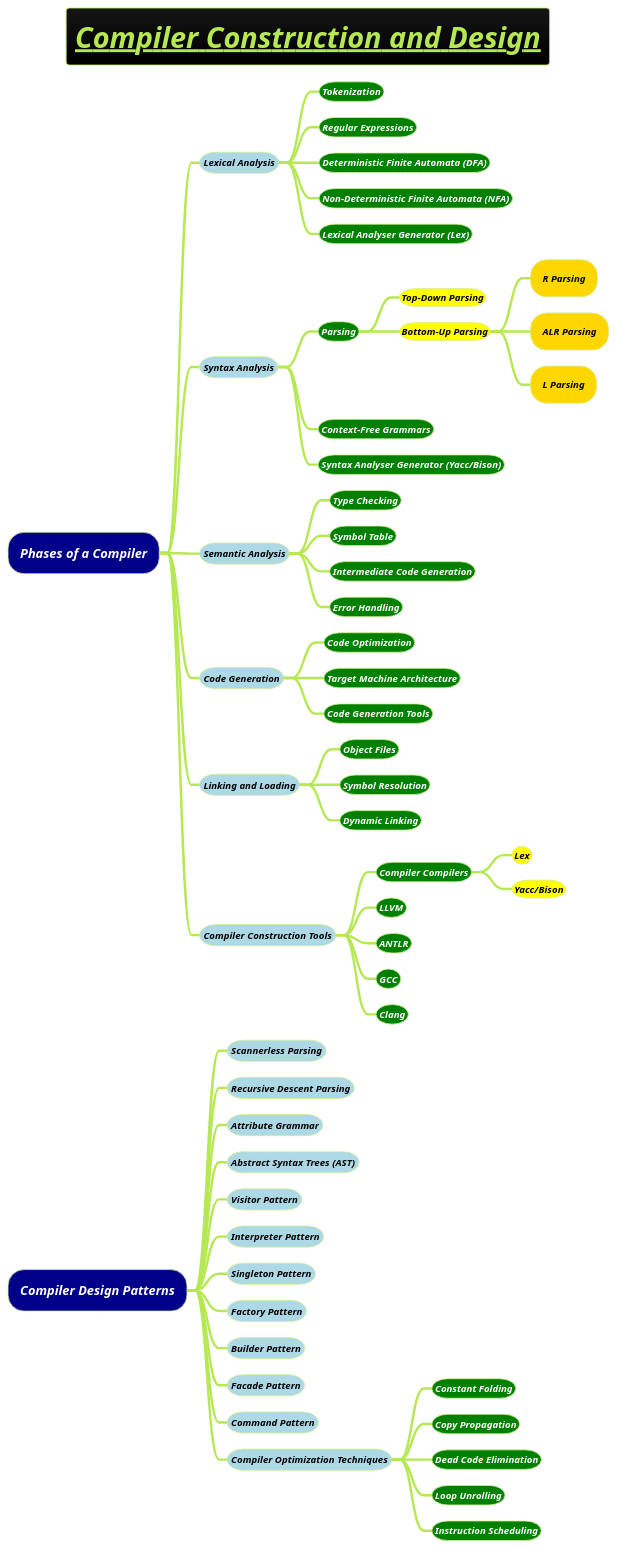
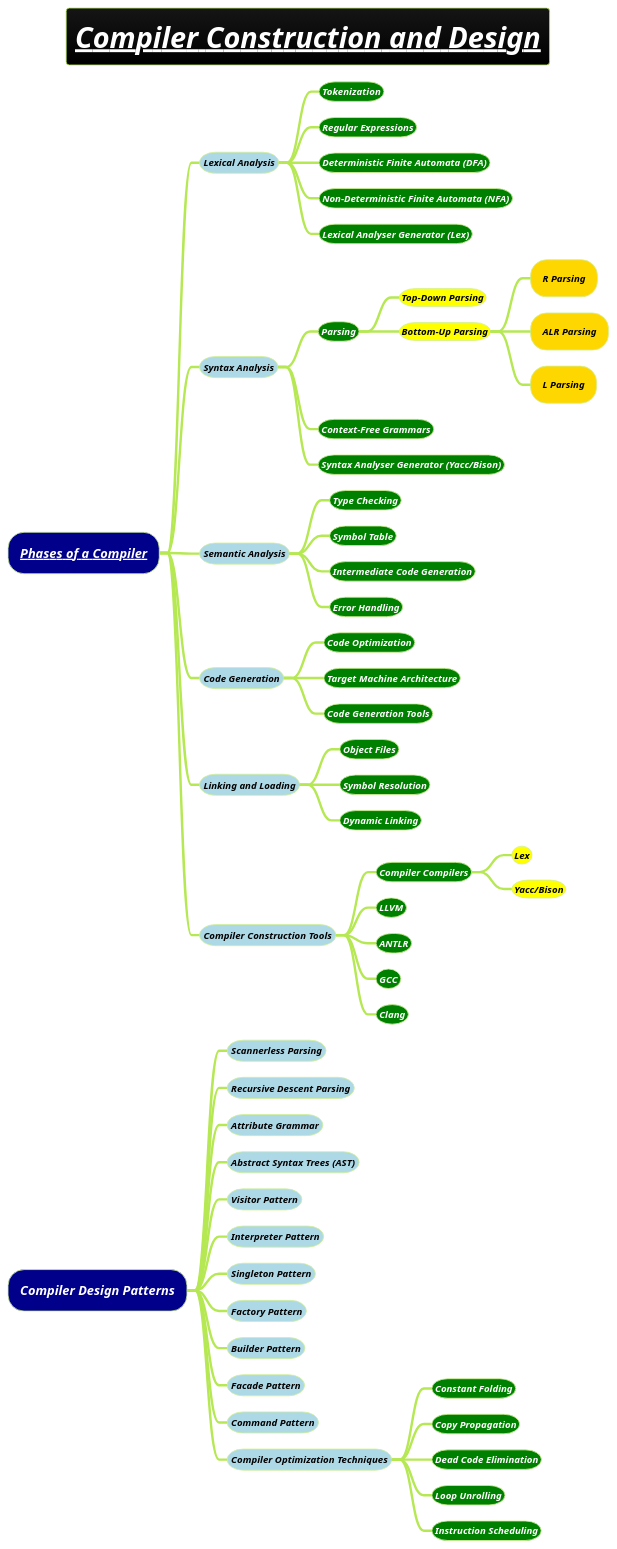
One commit to MehmoodHashmi/Documentation-as-Code-DaC changed the diagram in docs/books/1-books-backlog/compiler-construction/compiler-construction-and-design.puml. Above: the diagram before and after it, drawn with PlantUML. The commit also changed 11 other files, not shown here.

```diff
--- a/docs/books/1-books-backlog/compiler-construction/compiler-construction-and-design.puml
+++ b/docs/books/1-books-backlog/compiler-construction/compiler-construction-and-design.puml
@@ -1,61 +1,61 @@
 @startmindmap
-title =<i><b><u>Compiler Construction and Design
+title =<i><b><u>[[docs/3-programming-languages/Venkat-Subramaniam/images/img_418.png Compiler Construction and Design]]
 !theme hacker
 
-*[#darkblue] <i><color #white>Phases of a Compiler
+*[#darkblue] <i><color #white>[[docs/3-programming-languages/Venkat-Subramaniam/images/img_418.png Phases of a Compiler]]
 **[#lightblue] <i><color #black><size:12>Lexical Analysis
 ***[#green] <b><i><color #white><size:12>Tokenization
 ***[#green] <b><i><color #white><size:12>Regular Expressions
 ***[#green] <b><i><color #white><size:12>Deterministic Finite Automata (DFA)
 ***[#green] <b><i><color #white><size:12>Non-Deterministic Finite Automata (NFA)
 ***[#green] <b><i><color #white><size:12>Lexical Analyser Generator (Lex)
 **[#lightblue] <i><color #black><size:12>Syntax Analysis
 ***[#green] <b><i><color #white><size:12>Parsing
 ****[#yellow] <i><color #black><size:12><b>Top-Down Parsing
 ****[#yellow] <i><color #black><size:12><b>Bottom-Up Parsing
 *****[#gold] <b><i><color #black><size:12>R Parsing
 *****[#gold] <b><i><color #black><size:12>ALR Parsing
 *****[#gold] <b><i><color #black><size:12>L Parsing
 ***[#green] <b><i><color #white><size:12>Context-Free Grammars
 ***[#green] <b><i><color #white><size:12>Syntax Analyser Generator (Yacc/Bison)
 **[#lightblue] <i><color #black><size:12>Semantic Analysis
 ***[#green] <b><i><color #white><size:12>Type Checking
 ***[#green] <b><i><color #white><size:12>Symbol Table
 ***[#green] <b><i><color #white><size:12>Intermediate Code Generation
 ***[#green] <b><i><color #white><size:12>Error Handling
 **[#lightblue] <i><color #black><size:12>Code Generation
 ***[#green] <b><i><color #white><size:12>Code Optimization
 ***[#green] <b><i><color #white><size:12>Target Machine Architecture
 ***[#green] <b><i><color #white><size:12>Code Generation Tools
 **[#lightblue] <i><color #black><size:12>Linking and Loading
 ***[#green] <b><i><color #white><size:12>Object Files
 ***[#green] <b><i><color #white><size:12>Symbol Resolution
 ***[#green] <b><i><color #white><size:12>Dynamic Linking
 **[#lightblue] <i><color #black><size:12>Compiler Construction Tools
 ***[#green] <b><i><color #white><size:12>Compiler Compilers
 ****[#yellow] <i><color #black><size:12><b>Lex
 ****[#yellow] <i><color #black><size:12><b>Yacc/Bison
 ***[#green] <b><i><color #white><size:12>LLVM
 ***[#green] <b><i><color #white><size:12>ANTLR
 ***[#green] <b><i><color #white><size:12>GCC
 ***[#green] <b><i><color #white><size:12>Clang
 
 *[#darkblue] <i><color #white>Compiler Design Patterns
 **[#lightblue] <i><color #black><size:12>Scannerless Parsing
 **[#lightblue] <i><color #black><size:12>Recursive Descent Parsing
 **[#lightblue] <i><color #black><size:12>Attribute Grammar
 **[#lightblue] <i><color #black><size:12>Abstract Syntax Trees (AST)
 **[#lightblue] <i><color #black><size:12>Visitor Pattern
 **[#lightblue] <i><color #black><size:12>Interpreter Pattern
 **[#lightblue] <i><color #black><size:12>Singleton Pattern
 **[#lightblue] <i><color #black><size:12>Factory Pattern
 **[#lightblue] <i><color #black><size:12>Builder Pattern
 **[#lightblue] <i><color #black><size:12>Facade Pattern
 **[#lightblue] <i><color #black><size:12>Command Pattern
 **[#lightblue] <i><color #black><size:12>Compiler Optimization Techniques
 ***[#green] <b><i><color #white><size:12>Constant Folding
 ***[#green] <b><i><color #white><size:12>Copy Propagation
 ***[#green] <b><i><color #white><size:12>Dead Code Elimination
 ***[#green] <b><i><color #white><size:12>Loop Unrolling
 ***[#green] <b><i><color #white><size:12>Instruction Scheduling
 @endmindmap
```
